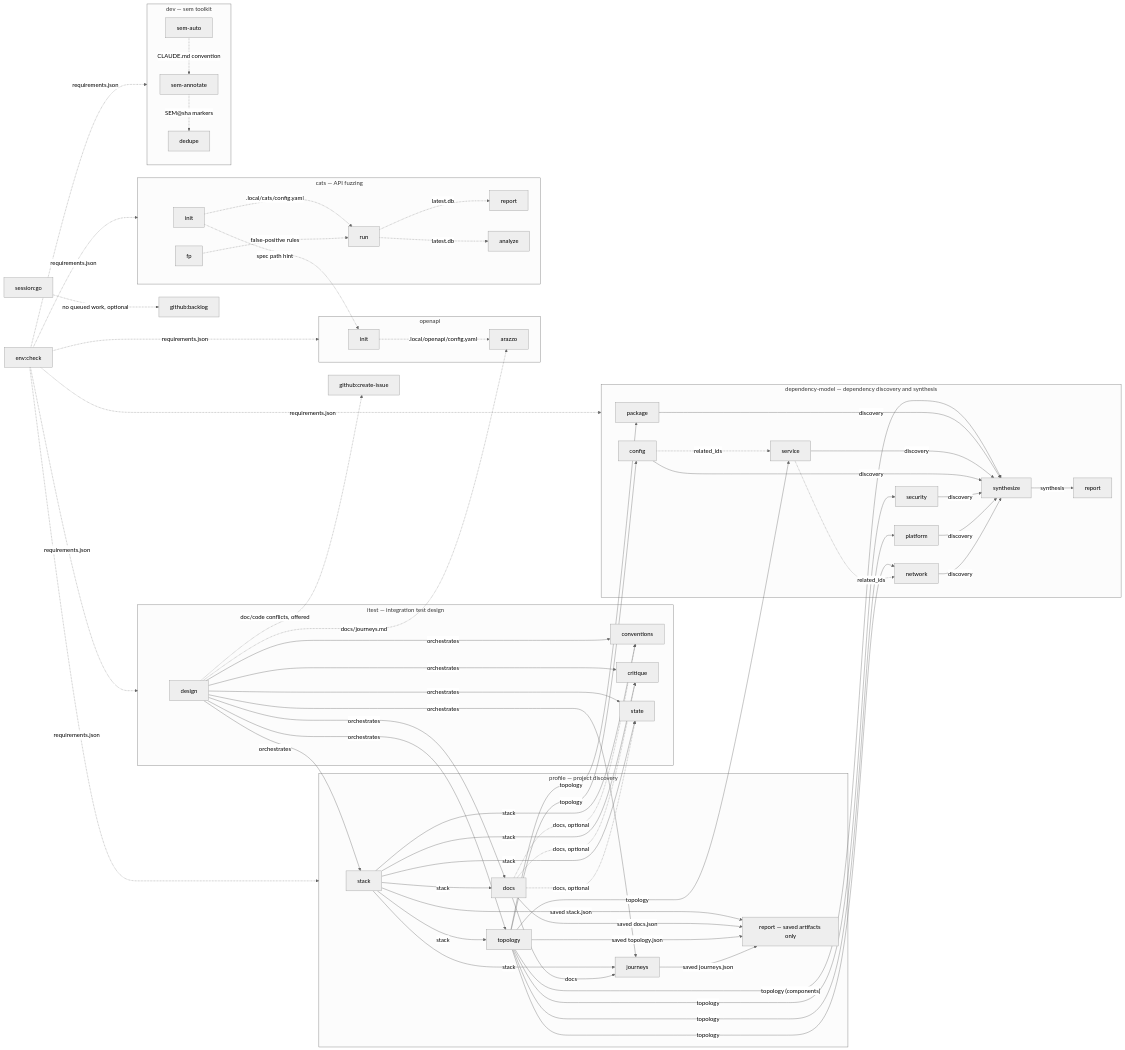
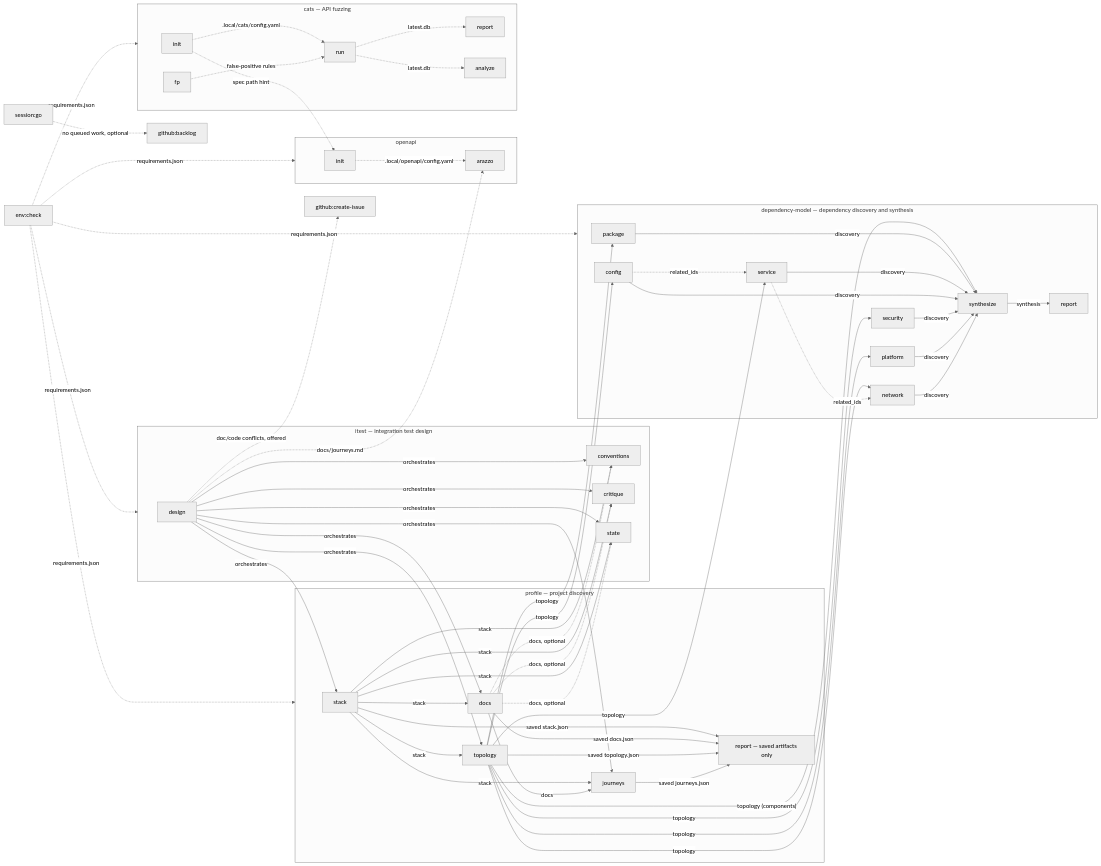
Before and after one commit to ericfitz/skills: the diagram in docs/ARCHITECTURE.md, drawn with Mermaid (neutral theme). The commit also changed other lines of this file and 26 other files, not shown here.

First line of the commit message:
chore!: move dev to old-skills as sem

````diff
--- a/docs/ARCHITECTURE.md
+++ b/docs/ARCHITECTURE.md
@@ -59,12 +59,6 @@
     c_report["report"]
     c_analyze["analyze"]
     c_fp["fp"]
-  end
-
-  subgraph dev["dev — sem toolkit"]
-    d_auto["sem-auto"]
-    d_annot["sem-annotate"]
-    d_dedupe["dedupe"]
   end
 
   subgraph depmodel["dependency-model — dependency discovery and synthesis"]
@@ -118,8 +112,6 @@
   c_run  -. "latest.db" .-> c_analyze
   c_fp   -. "false-positive rules" .-> c_run
 
-  d_auto -. "CLAUDE.md convention" .-> d_annot
-  d_annot -. "SEM@sha markers" .-> d_dedupe
 
   p_topo -- "topology" --> x_pkg
   p_topo -- "topology" --> x_svc
@@ -144,6 +136,5 @@
   envchk -. "requirements.json" .-> itest
   envchk -. "requirements.json" .-> openapi
   envchk -. "requirements.json" .-> cats
-  envchk -. "requirements.json" .-> dev
   envchk -. "requirements.json" .-> depmodel
 ```
````
